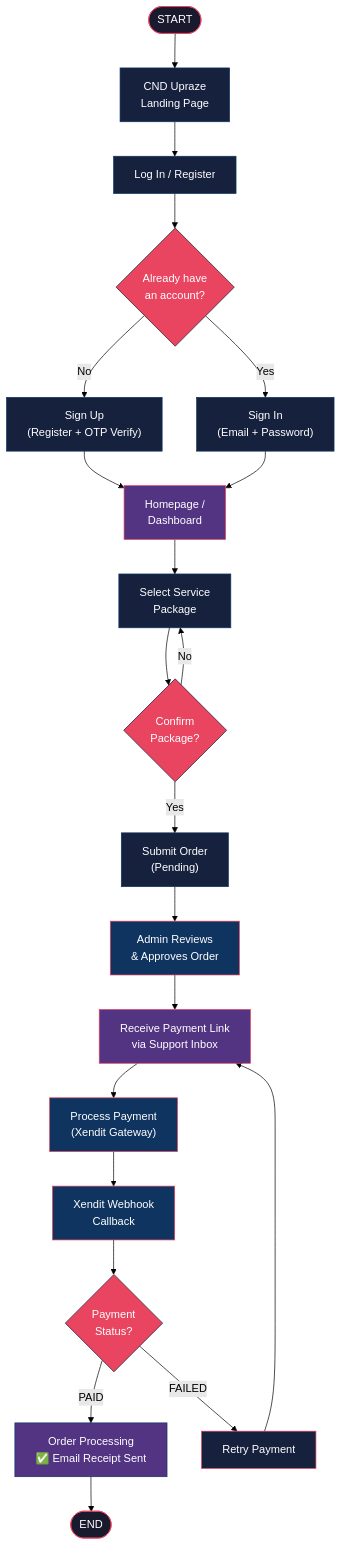
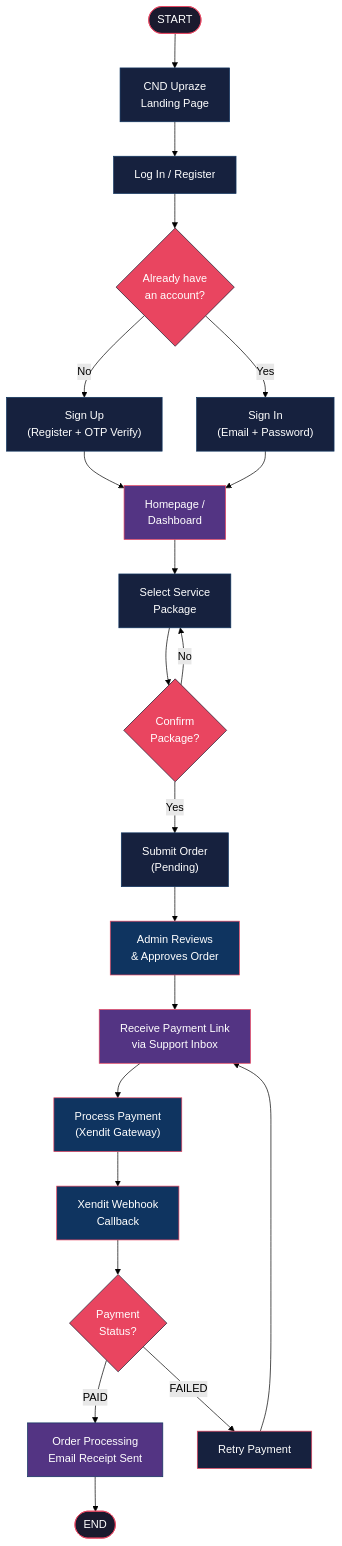
Before and after one commit to binssente-crypto/CND-Upraze: the fourth of 5 diagrams in README.md, drawn with Mermaid (forest theme).

Commit message:
docs: remove emoji from readme flowchart

````diff
--- a/README.md
+++ b/README.md
@@ -85,42 +85,42 @@
 ```mermaid
 flowchart TD
     START(["START"]) --> LANDING["CND Upraze\nLanding Page"]
     LANDING --> AUTH["Log In / Register"]
     AUTH --> HAS_ACCOUNT{"Already have\nan account?"}
     HAS_ACCOUNT -- "Yes" --> SIGNIN["Sign In\n(Email + Password)"]
     HAS_ACCOUNT -- "No" --> SIGNUP["Sign Up\n(Register + OTP Verify)"]
     SIGNUP --> DASHBOARD
     SIGNIN --> DASHBOARD["Homepage /\nDashboard"]
     DASHBOARD --> SELECT["Select Service\nPackage"]
     SELECT --> CONFIRM_PKG{"Confirm\nPackage?"}
     CONFIRM_PKG -- "No" --> SELECT
     CONFIRM_PKG -- "Yes" --> SUBMIT["Submit Order\n(Pending)"]
     SUBMIT --> ADMIN_REVIEW["Admin Reviews\n& Approves Order"]
     ADMIN_REVIEW --> INBOX["Receive Payment Link\nvia Support Inbox"]
     INBOX --> PAYMENT["Process Payment\n(Xendit Gateway)"]
     PAYMENT --> WEBHOOK["Xendit Webhook\nCallback"]
     WEBHOOK --> STATUS{"Payment\nStatus?"}
-    STATUS -- "PAID" --> COMPLETE["Order Processing\n✅ Email Receipt Sent"]
+    STATUS -- "PAID" --> COMPLETE["Order Processing\n Email Receipt Sent"]
     STATUS -- "FAILED" --> RETRY["Retry Payment"]
     RETRY --> INBOX
     COMPLETE --> FINISH(["END"])
 
     style START fill:#1a1a2e,stroke:#e94560,color:#fff
     style LANDING fill:#16213e,stroke:#0f3460,color:#fff
     style AUTH fill:#16213e,stroke:#0f3460,color:#fff
     style HAS_ACCOUNT fill:#e94560,stroke:#1a1a2e,color:#fff
     style SIGNIN fill:#16213e,stroke:#0f3460,color:#fff
     style SIGNUP fill:#16213e,stroke:#0f3460,color:#fff
     style DASHBOARD fill:#533483,stroke:#e94560,color:#fff
     style SELECT fill:#16213e,stroke:#0f3460,color:#fff
     style CONFIRM_PKG fill:#e94560,stroke:#1a1a2e,color:#fff
     style SUBMIT fill:#16213e,stroke:#0f3460,color:#fff
     style ADMIN_REVIEW fill:#0f3460,stroke:#e94560,color:#fff
     style INBOX fill:#533483,stroke:#e94560,color:#fff
     style PAYMENT fill:#0f3460,stroke:#e94560,color:#fff
     style WEBHOOK fill:#0f3460,stroke:#e94560,color:#fff
     style STATUS fill:#e94560,stroke:#1a1a2e,color:#fff
     style COMPLETE fill:#533483,stroke:#0f3460,color:#fff
     style RETRY fill:#16213e,stroke:#e94560,color:#fff
     style FINISH fill:#1a1a2e,stroke:#e94560,color:#fff
 ```
````
